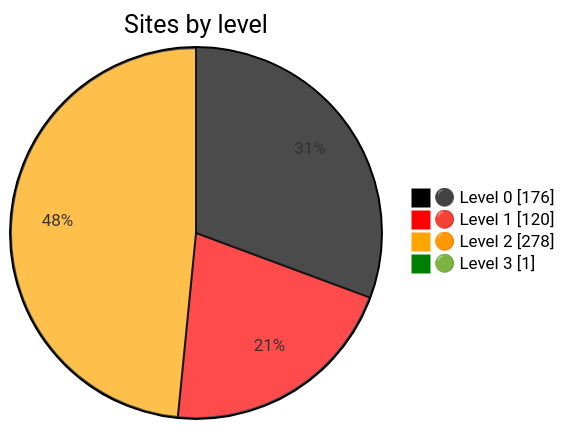
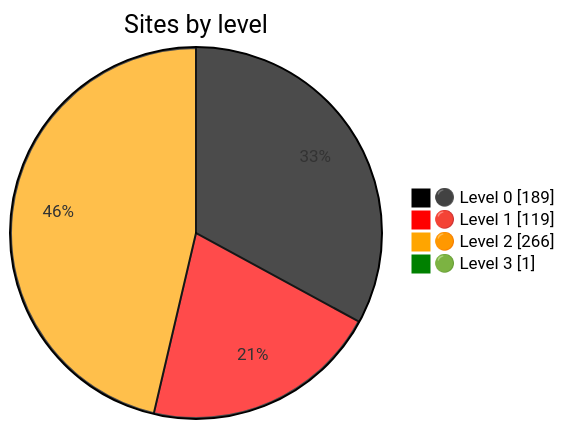
One commit to nuuuwan/gov_lk_web_auditor changed the diagram in README.md. Above: the diagram before and after it, drawn with Mermaid. The commit also changed other lines of this file and 2647 other files, not shown here.

````diff
--- a/README.md
+++ b/README.md
@@ -24,9 +24,9 @@
 ```mermaid
 %%{init: {"themeVariables":{"pie1":"black","pie2":"red","pie3":"orange","pie4":"green"}}}%%
 pie showData
     title Sites by level
-    "⚫ Level 0" : 176
-    "🔴 Level 1" : 120
-    "🟠 Level 2" : 278
+    "⚫ Level 0" : 189
+    "🔴 Level 1" : 119
+    "🟠 Level 2" : 266
     "🟢 Level 3" : 1
 ```
````
